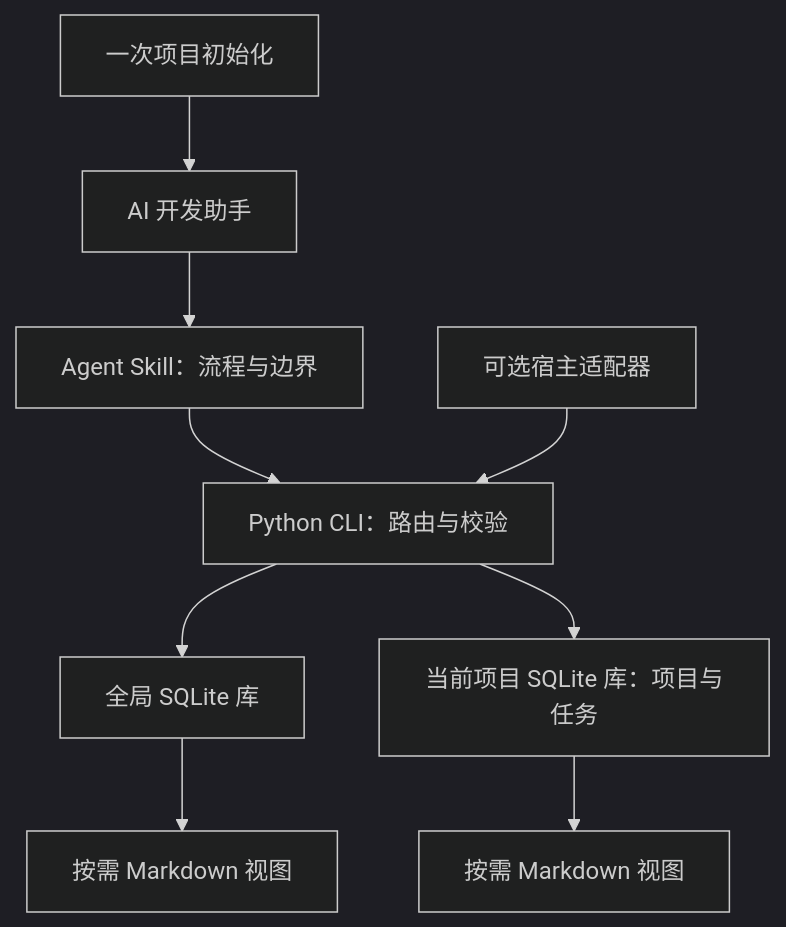
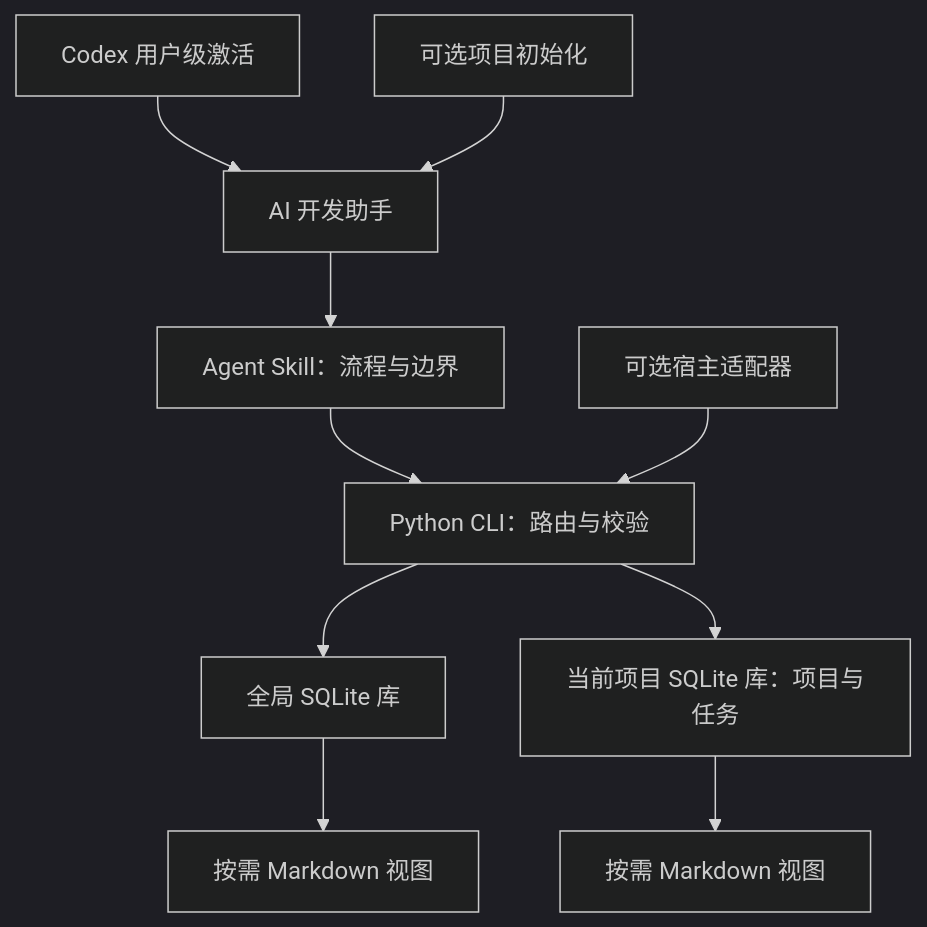
One commit to chrisstarr7/dev-memory changed the diagram in docs/readme/README.zh-CN.md. Above: the diagram before and after it, drawn with Mermaid (dark theme). The commit also changed other lines of this file and 2 other files, not shown here.

````diff
--- a/docs/readme/README.zh-CN.md
+++ b/docs/readme/README.zh-CN.md
@@ -114,11 +130,12 @@
 ```mermaid
 flowchart TD
-    I[一次项目初始化] --> A[AI 开发助手]
+    I[Codex 用户级激活] --> A[AI 开发助手]
+    J[可选项目初始化] --> A
     A --> S[Agent Skill：流程与边界]
     S --> C[Python CLI：路由与校验]
     H[可选宿主适配器] --> C
     C --> G[全局 SQLite 库]
     C --> P[当前项目 SQLite 库：项目与任务]
     G --> GV[按需 Markdown 视图]
     P --> PV[按需 Markdown 视图]
 ```
````
